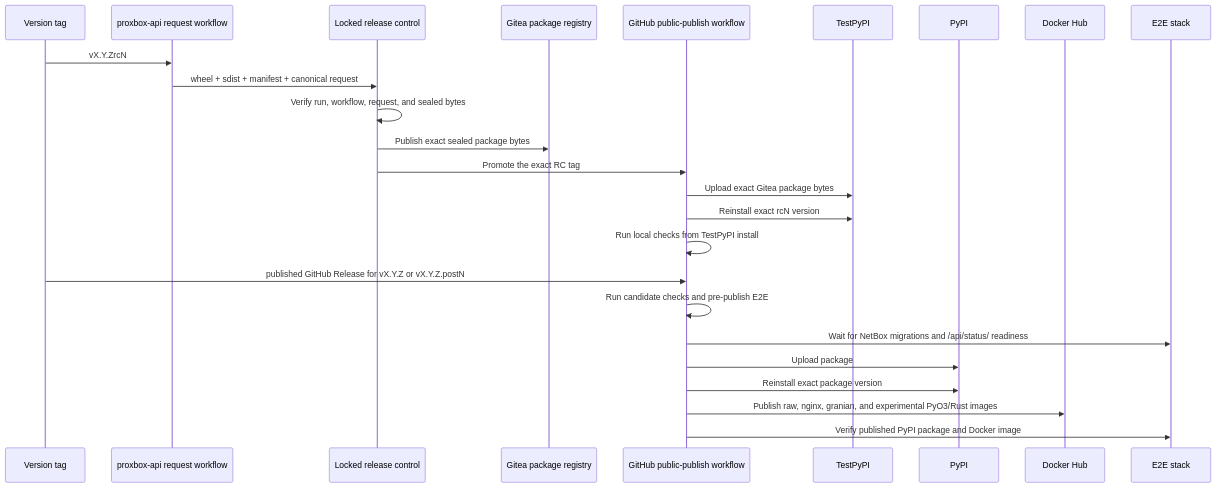
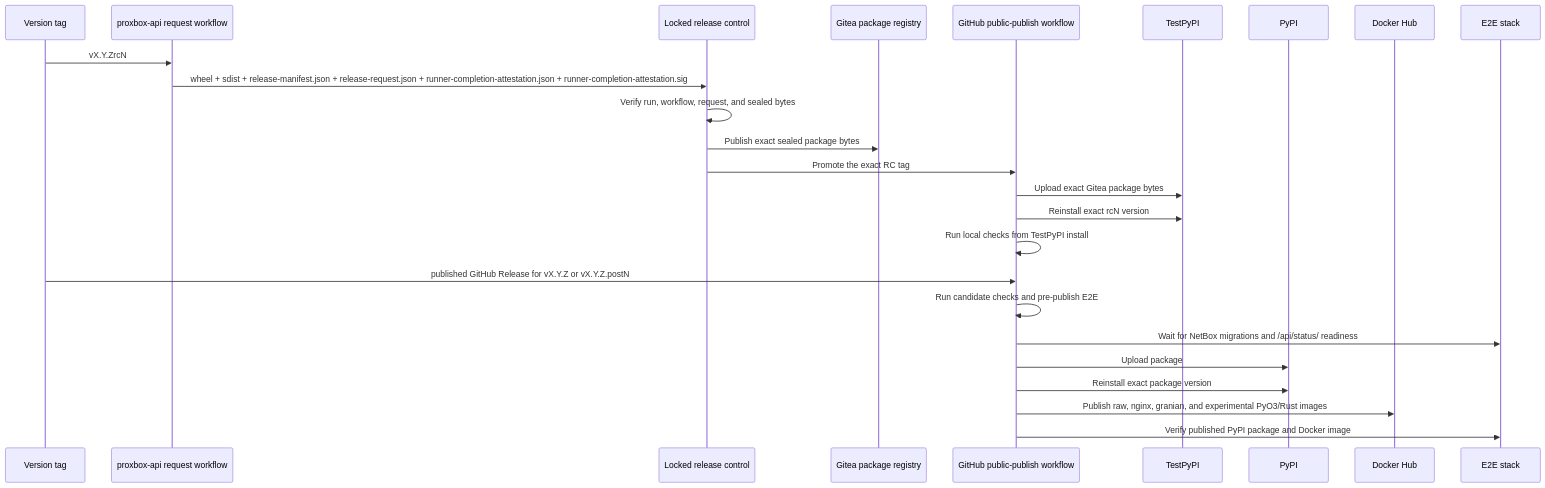
The second of 2 diagrams in docs/development/release-publishing.md (emersonfelipesp/proxbox-api), drawn with Mermaid before and after one commit. The commit also changed other lines of this file and 10 other files, not shown here.

````diff
--- a/docs/development/release-publishing.md
+++ b/docs/development/release-publishing.md
@@ -46,29 +46,29 @@
 ```mermaid
 sequenceDiagram
     participant Tag as Version tag
     participant TargetWF as proxbox-api request workflow
     participant Control as Locked release control
     participant GP as Gitea package registry
     participant WF as GitHub public-publish workflow
     participant TP as TestPyPI
     participant PY as PyPI
     participant DH as Docker Hub
     participant E2E as E2E stack
 
     Tag->>TargetWF: vX.Y.ZrcN
-    TargetWF->>Control: wheel + sdist + manifest + canonical request
+    TargetWF->>Control: wheel + sdist + release-manifest.json + release-request.json + runner-completion-attestation.json + runner-completion-attestation.sig
     Control->>Control: Verify run, workflow, request, and sealed bytes
     Control->>GP: Publish exact sealed package bytes
     Control->>WF: Promote the exact RC tag
     WF->>TP: Upload exact Gitea package bytes
     WF->>TP: Reinstall exact rcN version
     WF->>WF: Run local checks from TestPyPI install
 
     Tag->>WF: published GitHub Release for vX.Y.Z or vX.Y.Z.postN
     WF->>WF: Run candidate checks and pre-publish E2E
     WF->>E2E: Wait for NetBox migrations and /api/status/ readiness
     WF->>PY: Upload package
     WF->>PY: Reinstall exact package version
     WF->>DH: Publish raw, nginx, granian, and experimental PyO3/Rust images
     WF->>E2E: Verify published PyPI package and Docker image
 ```
````
